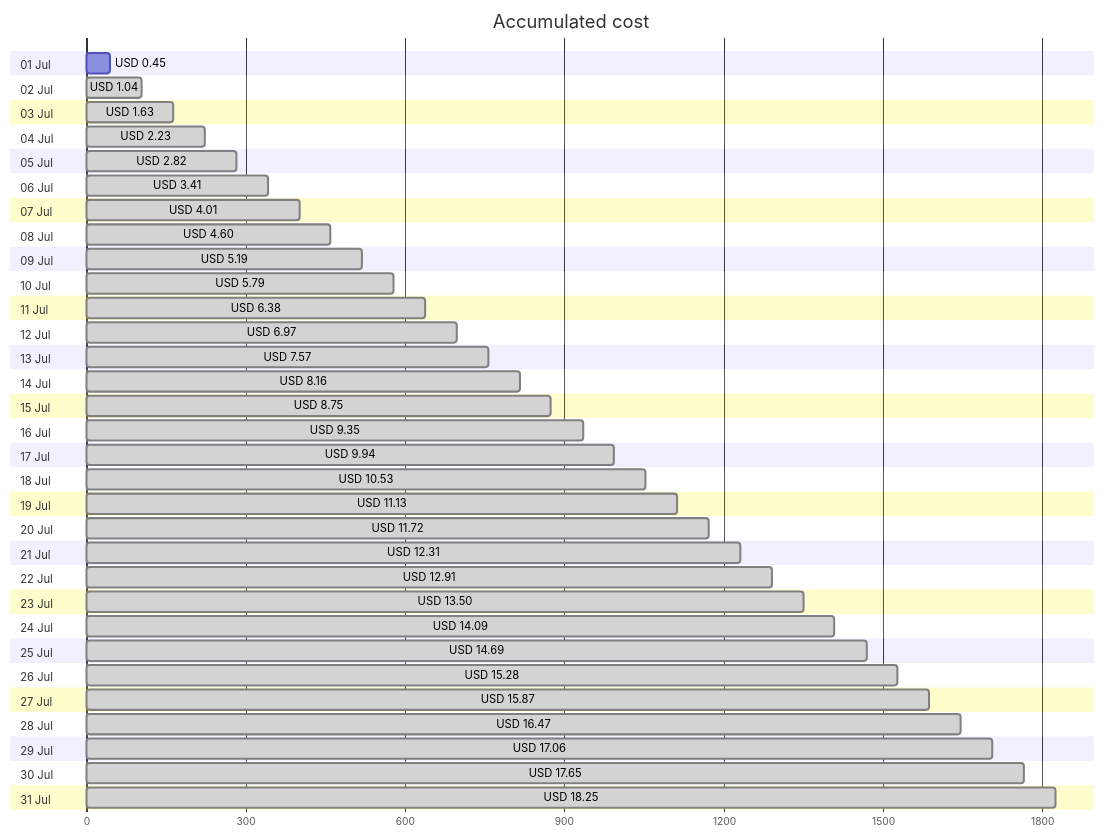
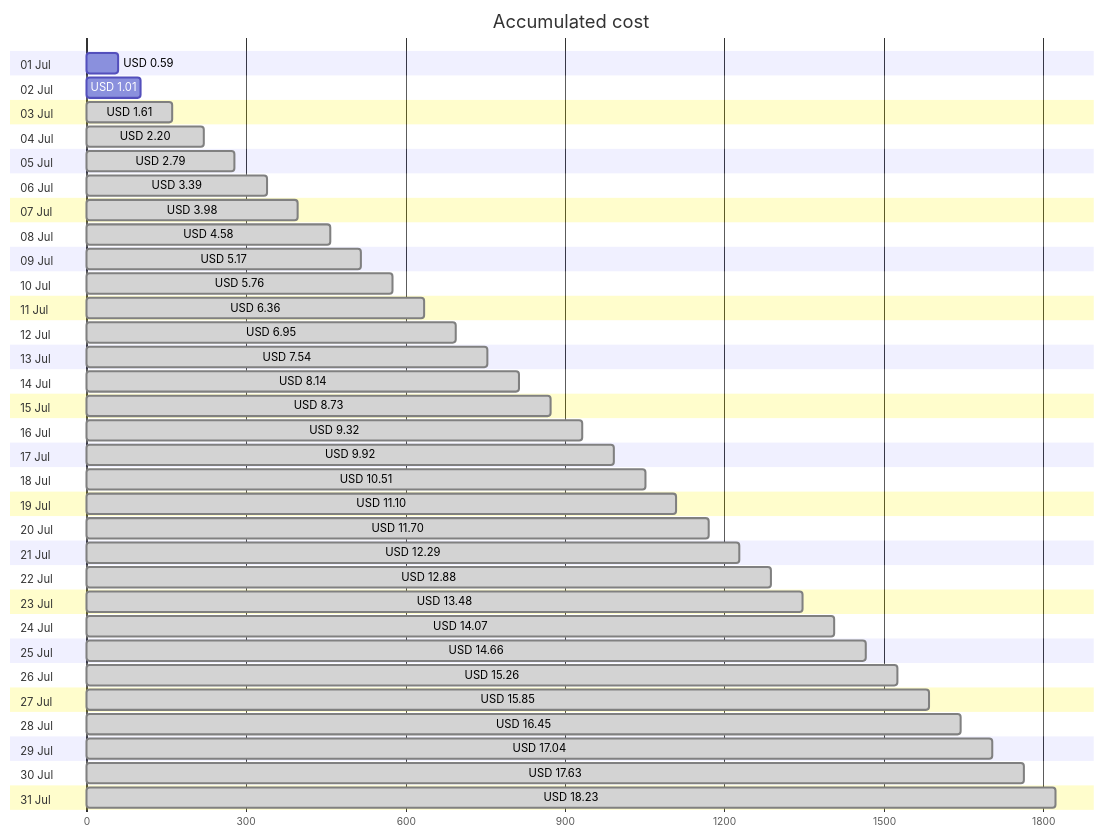
One commit to jpfulton/azure-personal-reports changed the first of 4 diagrams in cost-reports/personal-site/README.md. Above: the diagram before and after it, drawn with Mermaid. The commit also changed other lines of this file and 6 other files, not shown here.

````diff
--- a/cost-reports/personal-site/README.md
+++ b/cost-reports/personal-site/README.md
@@ -20,68 +20,68 @@
 ```mermaid
 gantt
    title Accumulated cost
    dateFormat  X
    axisFormat %s
    section 01 Jul
-   USD 0.45 :0, 45
+   USD 0.59 :0, 59
    section 02 Jul
-   USD 1.04 : done, 0, 104
+   USD 1.01 :0, 101
    section 03 Jul
-   USD 1.63 : done, 0, 163
+   USD 1.61 : done, 0, 161
    section 04 Jul
-   USD 2.23 : done, 0, 223
+   USD 2.20 : done, 0, 220
    section 05 Jul
-   USD 2.82 : done, 0, 282
+   USD 2.79 : done, 0, 279
    section 06 Jul
-   USD 3.41 : done, 0, 341
+   USD 3.39 : done, 0, 339
    section 07 Jul
-   USD 4.01 : done, 0, 401
+   USD 3.98 : done, 0, 398
    section 08 Jul
-   USD 4.60 : done, 0, 460
+   USD 4.58 : done, 0, 458
    section 09 Jul
-   USD 5.19 : done, 0, 519
+   USD 5.17 : done, 0, 517
    section 10 Jul
-   USD 5.79 : done, 0, 579
+   USD 5.76 : done, 0, 576
    section 11 Jul
-   USD 6.38 : done, 0, 638
+   USD 6.36 : done, 0, 636
    section 12 Jul
-   USD 6.97 : done, 0, 697
+   USD 6.95 : done, 0, 695
    section 13 Jul
-   USD 7.57 : done, 0, 757
+   USD 7.54 : done, 0, 754
    section 14 Jul
-   USD 8.16 : done, 0, 816
+   USD 8.14 : done, 0, 814
    section 15 Jul
-   USD 8.75 : done, 0, 875
+   USD 8.73 : done, 0, 873
    section 16 Jul
-   USD 9.35 : done, 0, 935
+   USD 9.32 : done, 0, 932
    section 17 Jul
-   USD 9.94 : done, 0, 994
+   USD 9.92 : done, 0, 992
    section 18 Jul
-   USD 10.53 : done, 0, 1053
+   USD 10.51 : done, 0, 1051
    section 19 Jul
-   USD 11.13 : done, 0, 1113
+   USD 11.10 : done, 0, 1110
    section 20 Jul
-   USD 11.72 : done, 0, 1172
+   USD 11.70 : done, 0, 1170
    section 21 Jul
-   USD 12.31 : done, 0, 1231
+   USD 12.29 : done, 0, 1229
    section 22 Jul
-   USD 12.91 : done, 0, 1291
+   USD 12.88 : done, 0, 1288
    section 23 Jul
-   USD 13.50 : done, 0, 1350
+   USD 13.48 : done, 0, 1348
    section 24 Jul
-   USD 14.09 : done, 0, 1409
+   USD 14.07 : done, 0, 1407
    section 25 Jul
-   USD 14.69 : done, 0, 1469
+   USD 14.66 : done, 0, 1466
    section 26 Jul
-   USD 15.28 : done, 0, 1528
+   USD 15.26 : done, 0, 1526
    section 27 Jul
-   USD 15.87 : done, 0, 1587
+   USD 15.85 : done, 0, 1585
    section 28 Jul
-   USD 16.47 : done, 0, 1647
+   USD 16.45 : done, 0, 1645
    section 29 Jul
-   USD 17.06 : done, 0, 1706
+   USD 17.04 : done, 0, 1704
    section 30 Jul
-   USD 17.65 : done, 0, 1765
+   USD 17.63 : done, 0, 1763
    section 31 Jul
-   USD 18.25 : done, 0, 1825
+   USD 18.23 : done, 0, 1823
 ```
````
